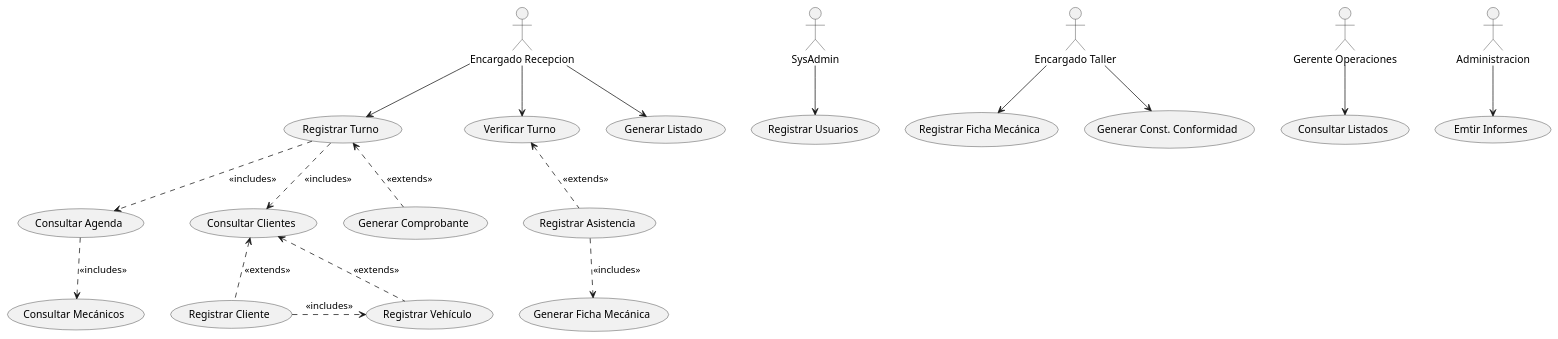
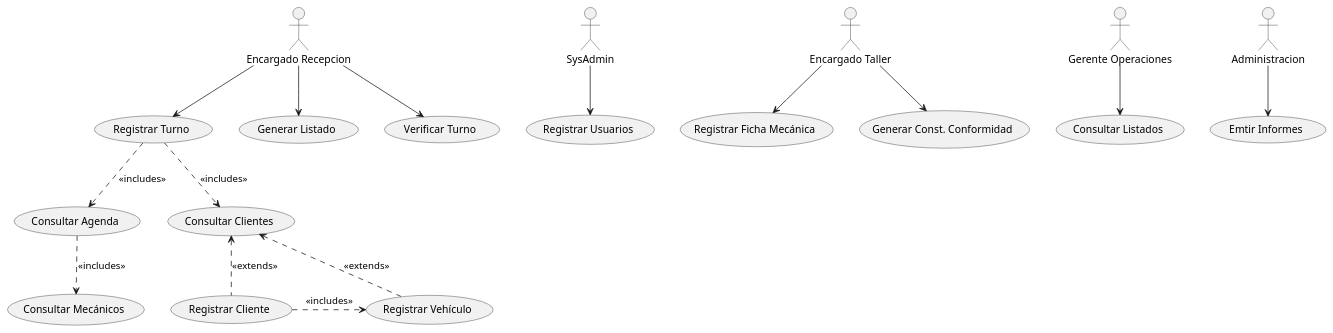
One commit to MatiasCermak/tp-integrador-doo changed the diagram in UML/DiagramaUC.puml. Above: the diagram before and after it, drawn with PlantUML. The commit also changed 1 other file, not shown here.

Commit message:
Actualizacion diagrama UC

```diff
--- a/UML/DiagramaUC.puml
+++ b/UML/DiagramaUC.puml
@@ -1,44 +1,38 @@
 @startuml Diagrama Casos de Uso 
 (Registrar Turno) as UC1
 (Consultar Agenda) as UC2
-(Generar Comprobante) as UC3
 (Registrar Cliente) as UC4
-(Generar Ficha Mecánica) as UC5
 (Consultar Clientes) as UC6
 (Generar Listado) as UC7
 (Registrar Usuarios) as UC8
 (Registrar Ficha Mecánica) as UC9
 (Generar Const. Conformidad) as UC10
 (Consultar Listados) as UC11
 (Emtir Informes) as UC12
 (Consultar Mecánicos) as UC13
 (Verificar Turno) as UC14
-(Registrar Asistencia) as UC15
 (Registrar Vehículo) as UC16
 
 actor :Encargado Recepcion: as encRec
 actor :SysAdmin: as sysAdm
 actor :Encargado Taller: as encTal
 actor :Gerente Operaciones: as gerOps
 actor :Administracion: as admin
 
-UC3 .up.> UC1 : <<extends>>
 UC4 .up.> UC6 : <<extends>>
 UC16 .up.> UC6 : <<extends>>
-UC15 .up.> UC14 : <<extends>>
 UC13 <.up. UC2 : <<includes>>
 UC6 <.up. UC1 : <<includes>>
-UC5 <.up. UC15 : <<includes>>
 UC2 <.up. UC1 : <<includes>>
 UC16 <.left.UC4 : <<includes>>
 
 encRec --> UC1
 encRec --> UC7
 encRec --> UC14
 sysAdm --> UC8
 encTal --> UC9
 encTal --> UC10
 gerOps --> UC11
 admin --> UC12
 
 @enduml
```
